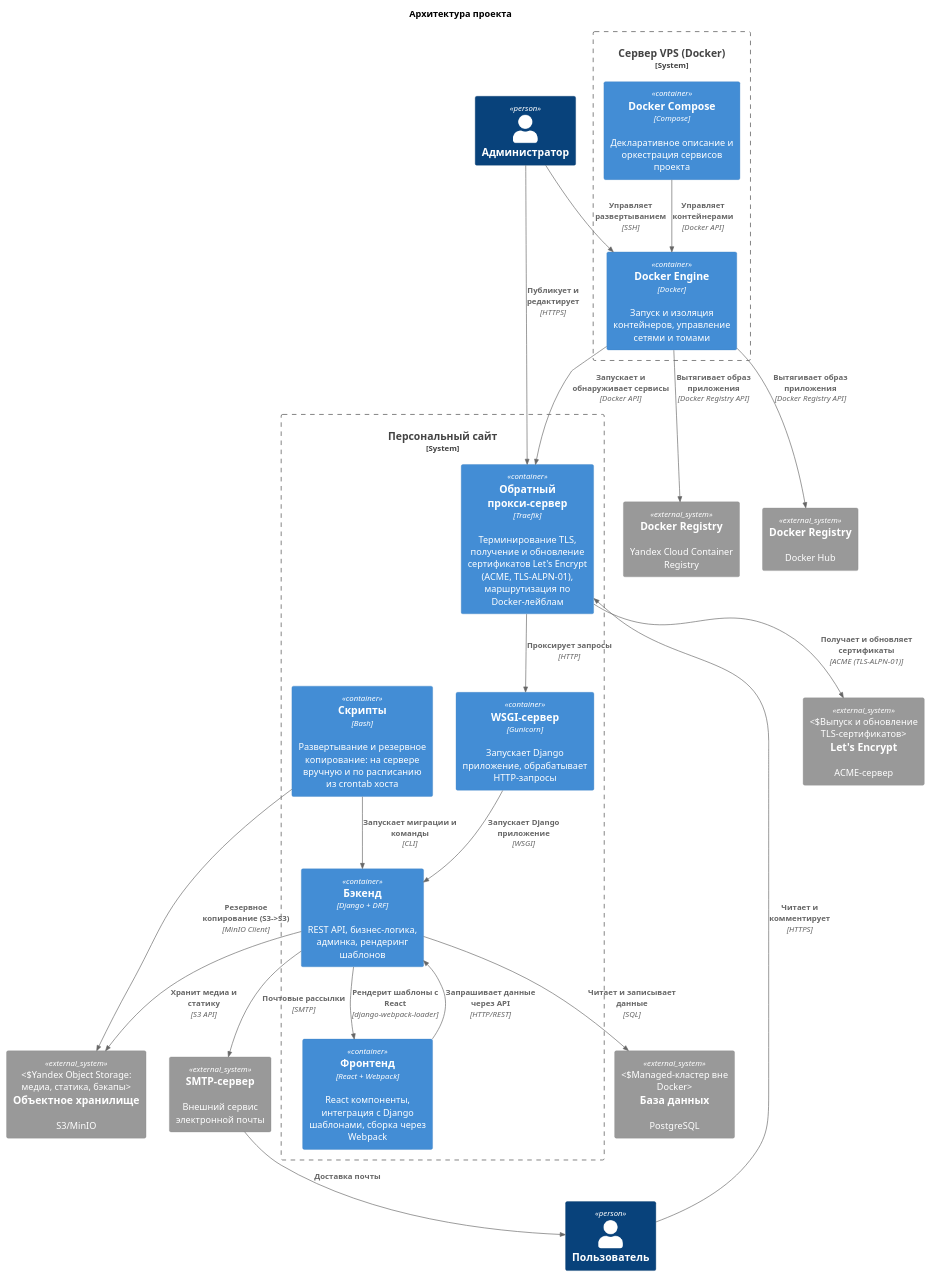
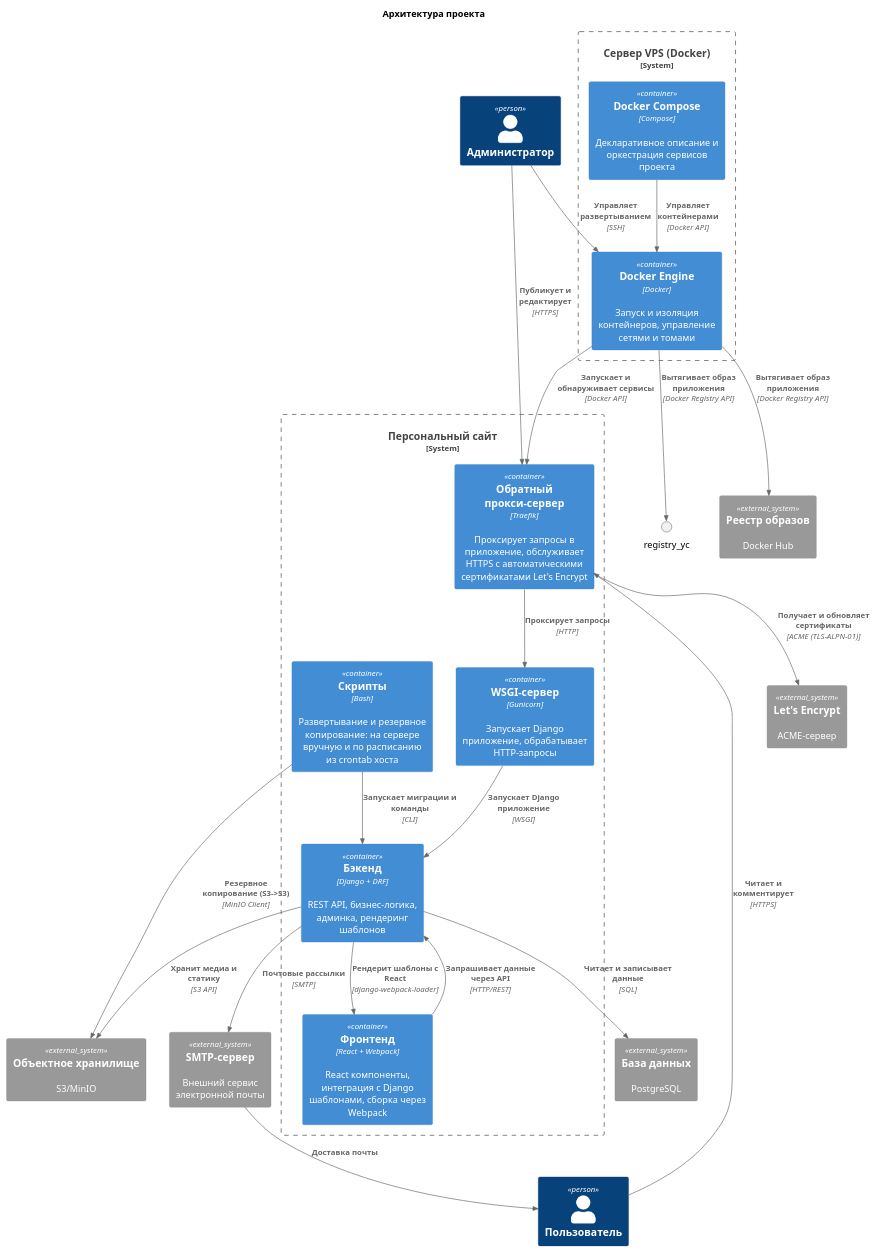
The diagram in docs/diagrams/src/container.puml (mikhpo/personal-website), drawn with PlantUML before and after one commit. The commit also changed 4 other files, not shown here.

```diff
--- a/docs/diagrams/src/container.puml
+++ b/docs/diagrams/src/container.puml
@@ -1,46 +1,45 @@
 @startuml container
 
 !include <C4/C4_Container>
 
 title Архитектура проекта
 
 Person(user, "Пользователь")
 Person(admin, "Администратор")
 System_Boundary(project, "Персональный сайт") {
-    Container(traefik, "Обратный прокси-сервер", "Traefik", "Терминирование TLS, получение и обновление сертификатов Let's Encrypt (ACME, TLS-ALPN-01), маршрутизация по Docker-лейблам")
+    Container(traefik, "Обратный прокси-сервер", "Traefik", "Проксирует запросы в приложение, обслуживает HTTPS с автоматическими сертификатами Let's Encrypt")
     Container(gunicorn, "WSGI-сервер", "Gunicorn", "Запускает Django приложение, обрабатывает HTTP-запросы")
     Container(backend, "Бэкенд", "Django + DRF", "REST API, бизнес-логика, админка, рендеринг шаблонов")
     Container(frontend, "Фронтенд", "React + Webpack", "React компоненты, интеграция с Django шаблонами, сборка через Webpack")
     Container(scripts, "Скрипты", "Bash", "Развертывание и резервное копирование: на сервере вручную и по расписанию из crontab хоста")
 }
 System_Boundary(server, "Сервер VPS (Docker)") {
     Container(engine, "Docker Engine", "Docker", "Запуск и изоляция контейнеров, управление сетями и томами")
     Container(compose, "Docker Compose", "Compose", "Декларативное описание и оркестрация сервисов проекта")
 }
-System_Ext(registry_hub, "Docker Registry", "Docker Hub")
-System_Ext(registry_yc, "Docker Registry", "Yandex Cloud Container Registry")
-System_Ext(db, "База данных", "PostgreSQL", "Managed-кластер вне Docker")
-System_Ext(s3, "Объектное хранилище", "S3/MinIO", "Yandex Object Storage: медиа, статика, бэкапы")
+System_Ext(registry_hub, "Реестр образов", "Docker Hub")
+System_Ext(db, "База данных", "PostgreSQL")
+System_Ext(s3, "Объектное хранилище", "S3/MinIO")
 System_Ext(smtp, "SMTP-сервер", "Внешний сервис электронной почты")
-System_Ext(le, "Let's Encrypt", "ACME-сервер", "Выпуск и обновление TLS-сертификатов")
+System_Ext(le, "Let's Encrypt", "ACME-сервер")
 
 Rel(admin, engine, "Управляет развертыванием", "SSH")
 Rel(user, traefik, "Читает и комментирует", "HTTPS")
 Rel(admin, traefik, "Публикует и редактирует", "HTTPS")
 Rel(traefik, gunicorn, "Проксирует запросы", "HTTP")
 Rel(gunicorn, backend, "Запускает Django приложение", "WSGI")
 Rel(backend, frontend, "Рендерит шаблоны с React", "django-webpack-loader")
 Rel(frontend, backend, "Запрашивает данные через API", "HTTP/REST")
 Rel(backend, db, "Читает и записывает данные", "SQL")
 Rel(backend, s3, "Хранит медиа и статику", "S3 API")
 Rel(backend, smtp, "Почтовые рассылки", "SMTP")
 Rel(smtp, user, "Доставка почты")
 Rel(scripts, backend, "Запускает миграции и команды", "CLI")
 Rel(scripts, s3, "Резервное копирование (S3->S3)", "MinIO Client")
 Rel(engine, traefik, "Запускает и обнаруживает сервисы", "Docker API")
 Rel(compose, engine, "Управляет контейнерами", "Docker API")
 Rel(engine, registry_hub, "Вытягивает образ приложения", "Docker Registry API")
 Rel(engine, registry_yc, "Вытягивает образ приложения", "Docker Registry API")
 Rel(traefik, le, "Получает и обновляет сертификаты", "ACME (TLS-ALPN-01)")
 
 @enduml
```
